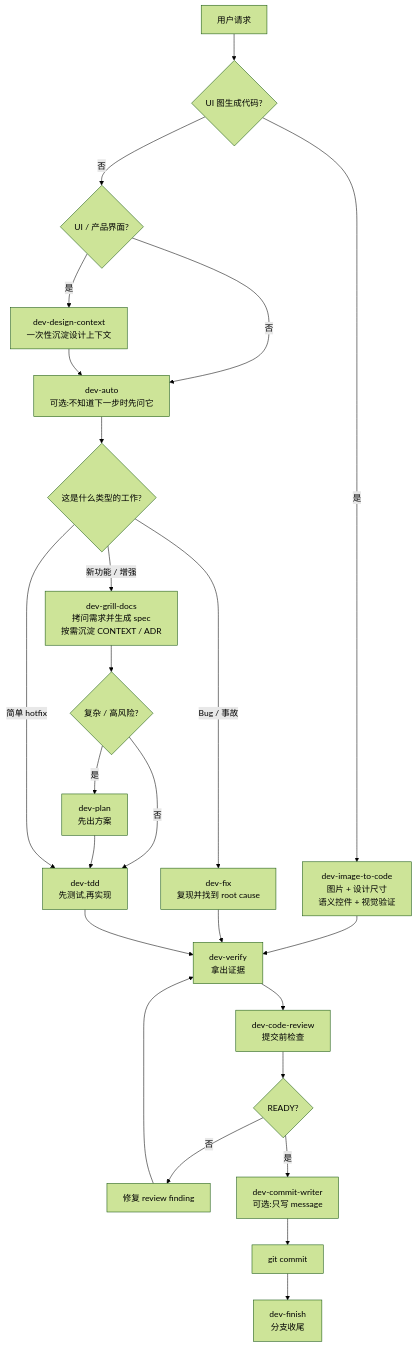
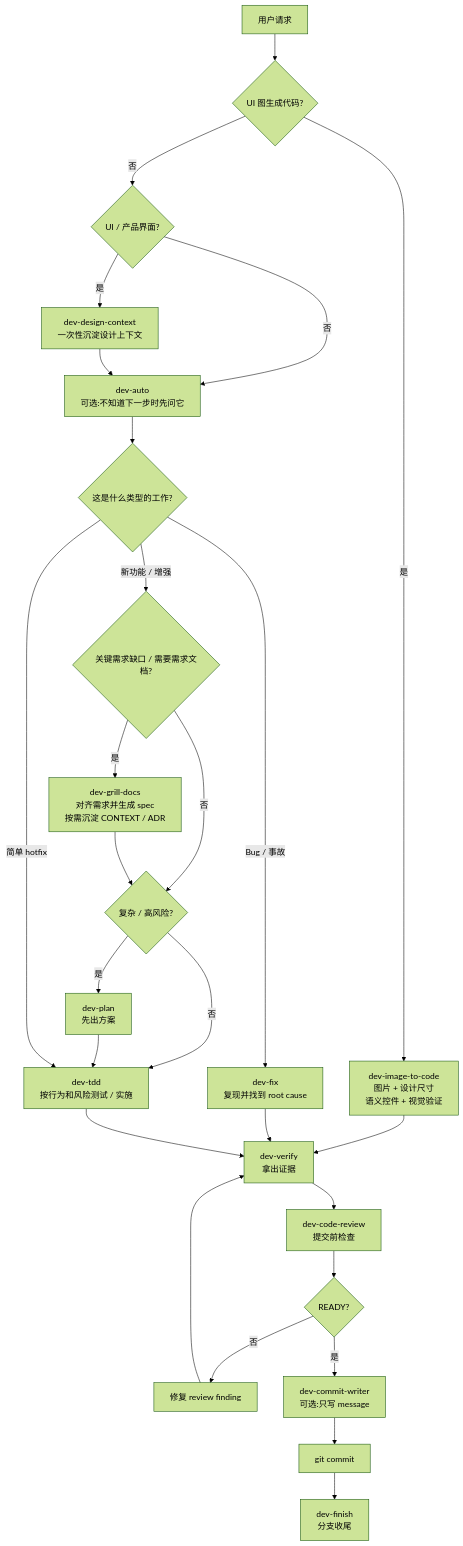
One commit to Jason-chen-coder/dev-skills changed the diagram in README.md. Above: the diagram before and after it, drawn with Mermaid (forest theme). The commit also changed other lines of this file and 11 other files, not shown here.

````diff
--- a/README.md
+++ b/README.md
@@ -345,31 +338,33 @@
 ```mermaid
 flowchart TD
   Start["用户请求"] --> FromImage{"UI 图生成代码?"}
   FromImage -->|是| ImageCode["dev-image-to-code<br/>图片 + 设计尺寸<br/>语义控件 + 视觉验证"]
   FromImage -->|否| Design{"UI / 产品界面?"}
   Design -->|是| Teach["dev-design-context<br/>一次性沉淀设计上下文"]
   Design -->|否| Auto["dev-auto<br/>可选:不知道下一步时先问它"]
   Teach --> Auto
   ImageCode --> Verify
   Auto --> Kind{"这是什么类型的工作?"}
 
-  Kind -->|新功能 / 增强| GrillDocs["dev-grill-docs<br/>拷问需求并生成 spec<br/>按需沉淀 CONTEXT / ADR"]
+  Kind -->|新功能 / 增强| NeedSpec{"关键需求缺口 / 需要需求文档?"}
+  NeedSpec -->|是| GrillDocs["dev-grill-docs<br/>对齐需求并生成 spec<br/>按需沉淀 CONTEXT / ADR"]
+  NeedSpec -->|否| NeedPlan
   GrillDocs --> NeedPlan{"复杂 / 高风险?"}
   NeedPlan -->|是| Plan["dev-plan<br/>先出方案"]
-  NeedPlan -->|否| TDD["dev-tdd<br/>先测试,再实现"]
+  NeedPlan -->|否| TDD["dev-tdd<br/>按行为和风险测试 / 实施"]
   Plan --> TDD
 
   Kind -->|Bug / 事故| Fix["dev-fix<br/>复现并找到 root cause"]
   Fix --> Verify["dev-verify<br/>拿出证据"]
 
   Kind -->|简单 hotfix| TDD
   TDD --> Verify
 
   Verify --> Review["dev-code-review<br/>提交前检查"]
   Review --> Ready{"READY?"}
   Ready -->|否| Rework["修复 review finding"]
   Rework --> Verify
   Ready -->|是| CommitMsg["dev-commit-writer<br/>可选:只写 message"]
   CommitMsg --> GitCommit["git commit"]
   GitCommit --> Finish["dev-finish<br/>分支收尾"]
 ```
````
